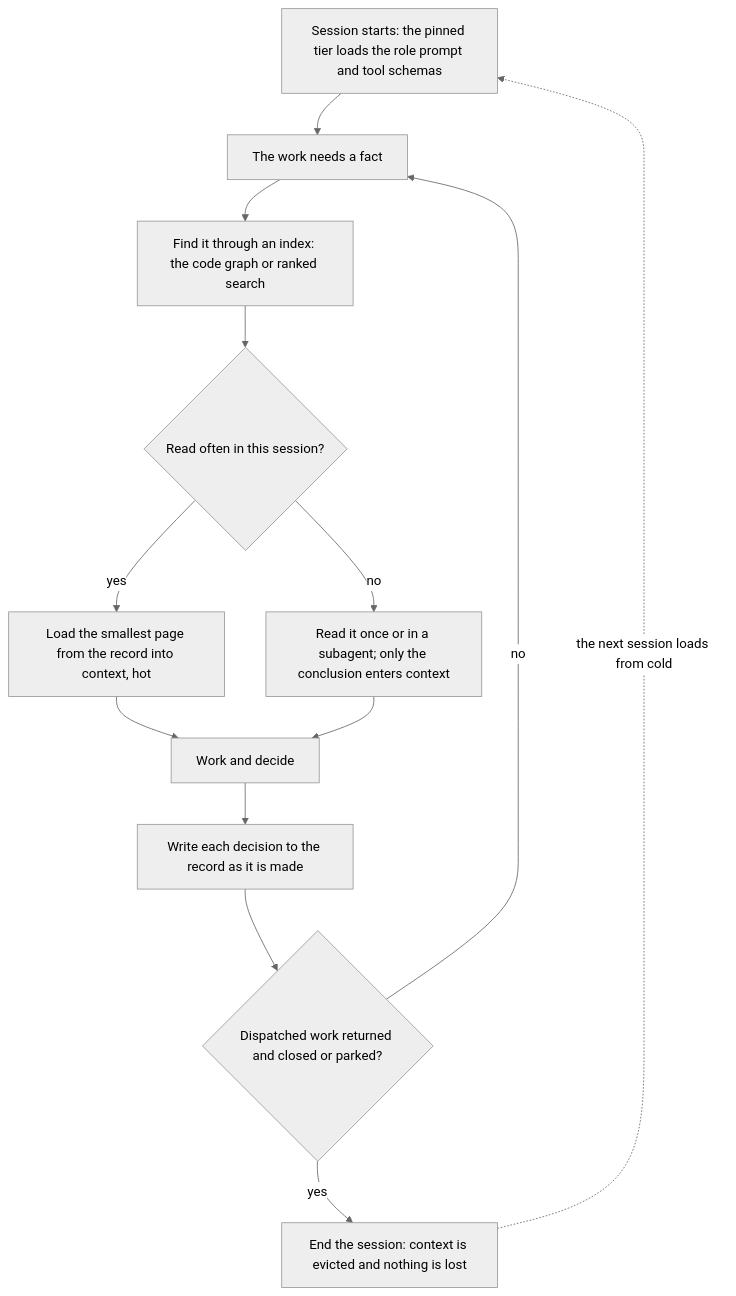
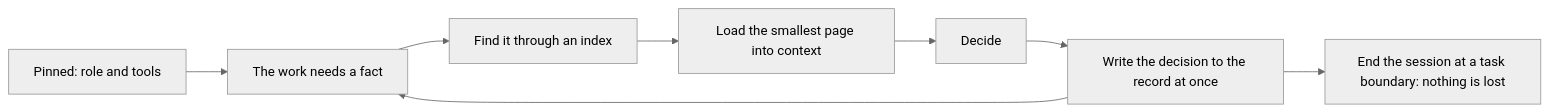
One commit to trustmybot/tmb changed the diagram in docs/architecture/MEMORY.md. Above: the diagram before and after it, drawn with Mermaid (neutral theme). The commit also changed other lines of this file and 3 other files, not shown here.

First line of the commit message:
📝 docs(memory): rewrite the memory page around memory only

````diff
--- a/docs/architecture/MEMORY.md
+++ b/docs/architecture/MEMORY.md
@@ -17,15 +13,10 @@
 ```mermaid
-flowchart TD
-    A["Session starts: the pinned tier loads the role prompt and tool schemas"] --> B[The work needs a fact]
-    B --> C["Find it through an index: the code graph or ranked search"]
-    C --> D{Read often in this session?}
-    D -- yes --> E["Load the smallest page from the record into context, hot"]
-    D -- no --> F["Read it once or in a subagent; only the conclusion enters context"]
-    E --> G[Work and decide]
-    F --> G
-    G --> H[Write each decision to the record as it is made]
-    H --> I{Dispatched work returned and closed or parked?}
-    I -- no --> B
-    I -- yes --> J["End the session: context is evicted and nothing is lost"]
-    J -. the next session loads from cold .-> A
+flowchart LR
+    P["Pinned: role and tools"] --> W[The work needs a fact]
+    W --> I["Find it through an index"]
+    I --> L["Load the smallest page into context"]
+    L --> D[Decide]
+    D --> R["Write the decision to the record at once"]
+    R --> W
+    R --> E["End the session at a task boundary: nothing is lost"]
 ```
````
